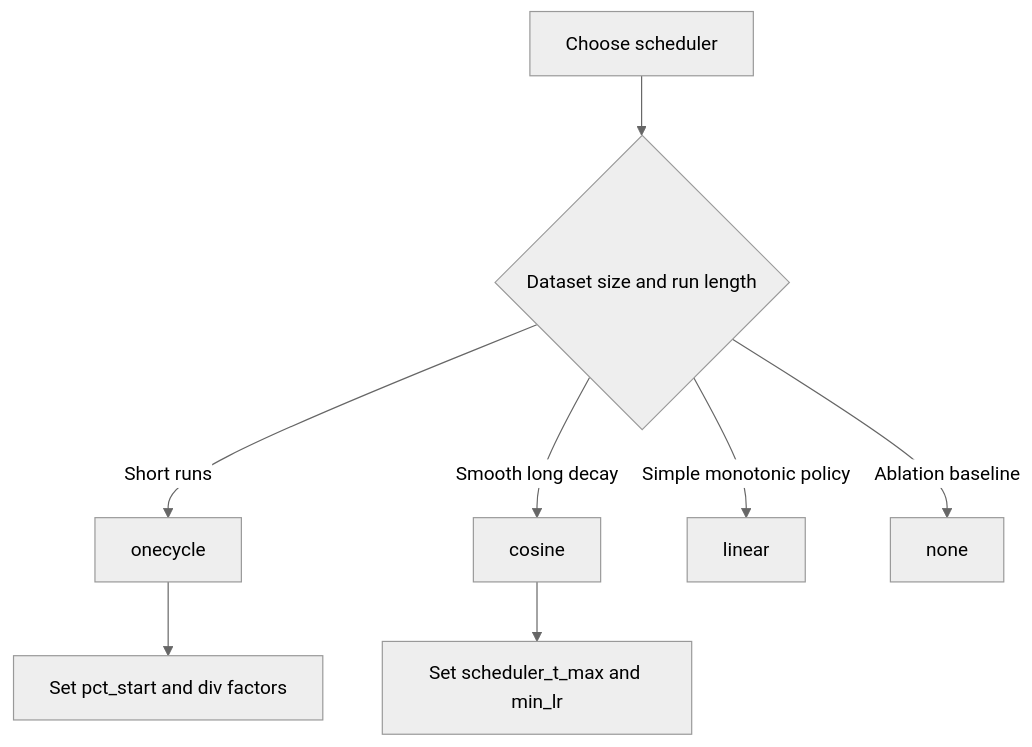
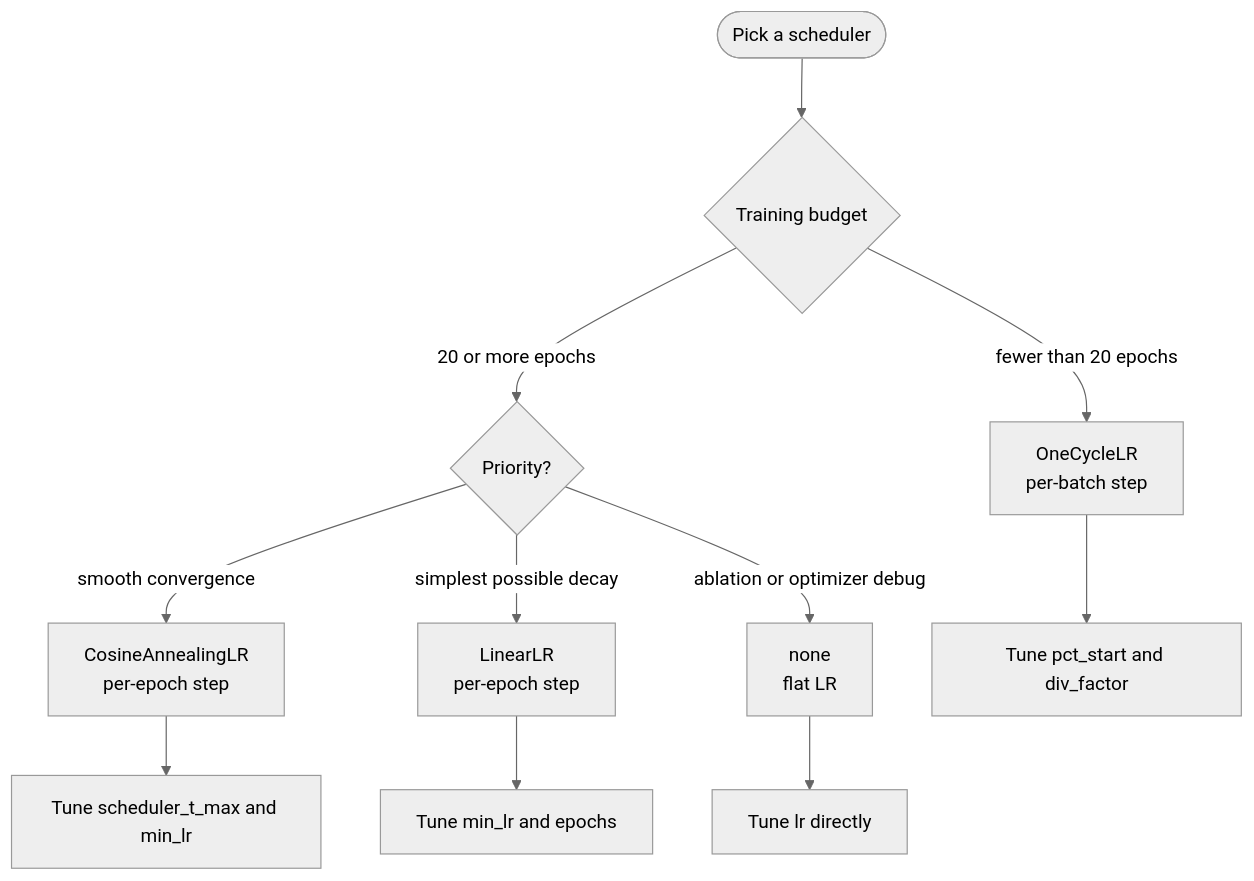
The fifth of 8 diagrams in README.md (hkevin01/ml-adamw-demo), drawn with Mermaid (neutral theme) before and after one commit. The commit also changed other lines of this file, not shown here.

````diff
--- a/README.md
+++ b/README.md
@@ -193,10 +358,13 @@
 ```mermaid
 flowchart TD
-    A[Choose scheduler] --> B{Dataset size and run length}
-    B -->|Short runs| C[onecycle]
-    B -->|Smooth long decay| D[cosine]
-    B -->|Simple monotonic policy| E[linear]
-    B -->|Ablation baseline| F[none]
-    D --> G[Set scheduler_t_max and min_lr]
-    C --> H[Set pct_start and div factors]
+    START([Pick a scheduler]) --> Q1{Training budget}
+    Q1 -->|fewer than 20 epochs| OC[OneCycleLR\nper-batch step]
+    Q1 -->|20 or more epochs| Q2{Priority?}
+    Q2 -->|smooth convergence| COS[CosineAnnealingLR\nper-epoch step]
+    Q2 -->|simplest possible decay| LIN[LinearLR\nper-epoch step]
+    Q2 -->|ablation or optimizer debug| NONE[none\nflat LR]
+    OC --> P1[Tune pct_start and div_factor]
+    COS --> P2[Tune scheduler_t_max and min_lr]
+    LIN --> P3[Tune min_lr and epochs]
+    NONE --> P4[Tune lr directly]
 ```
````
